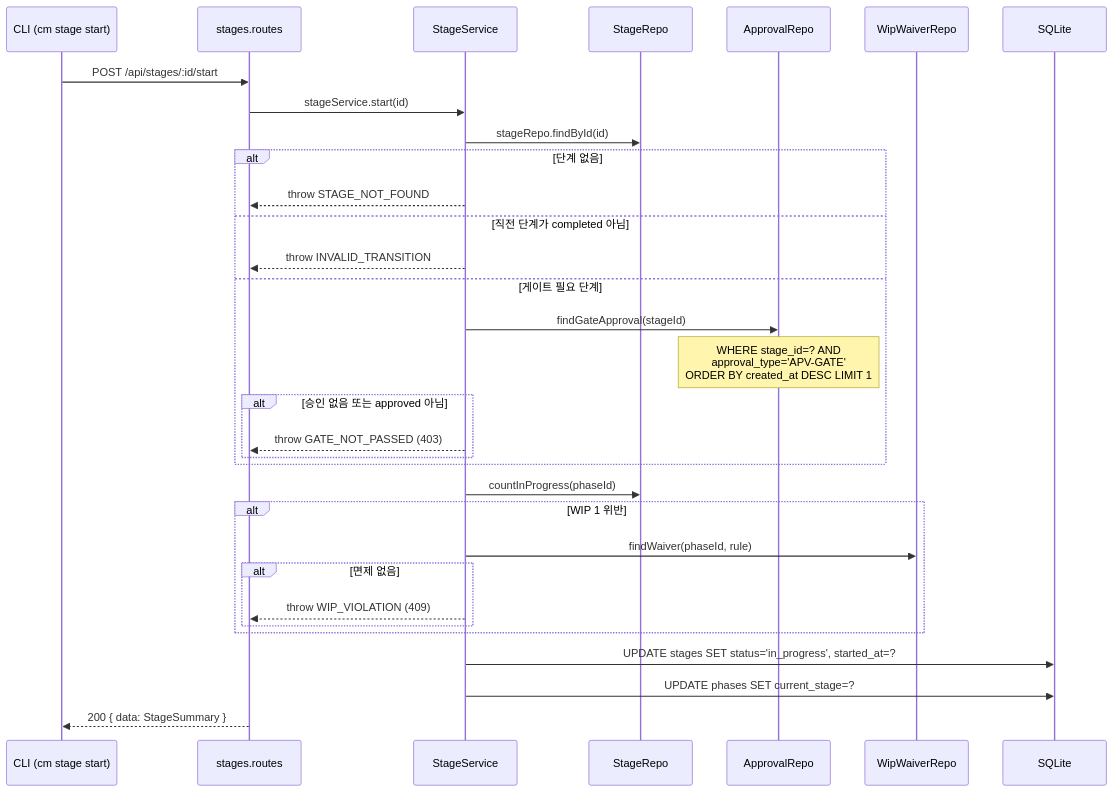
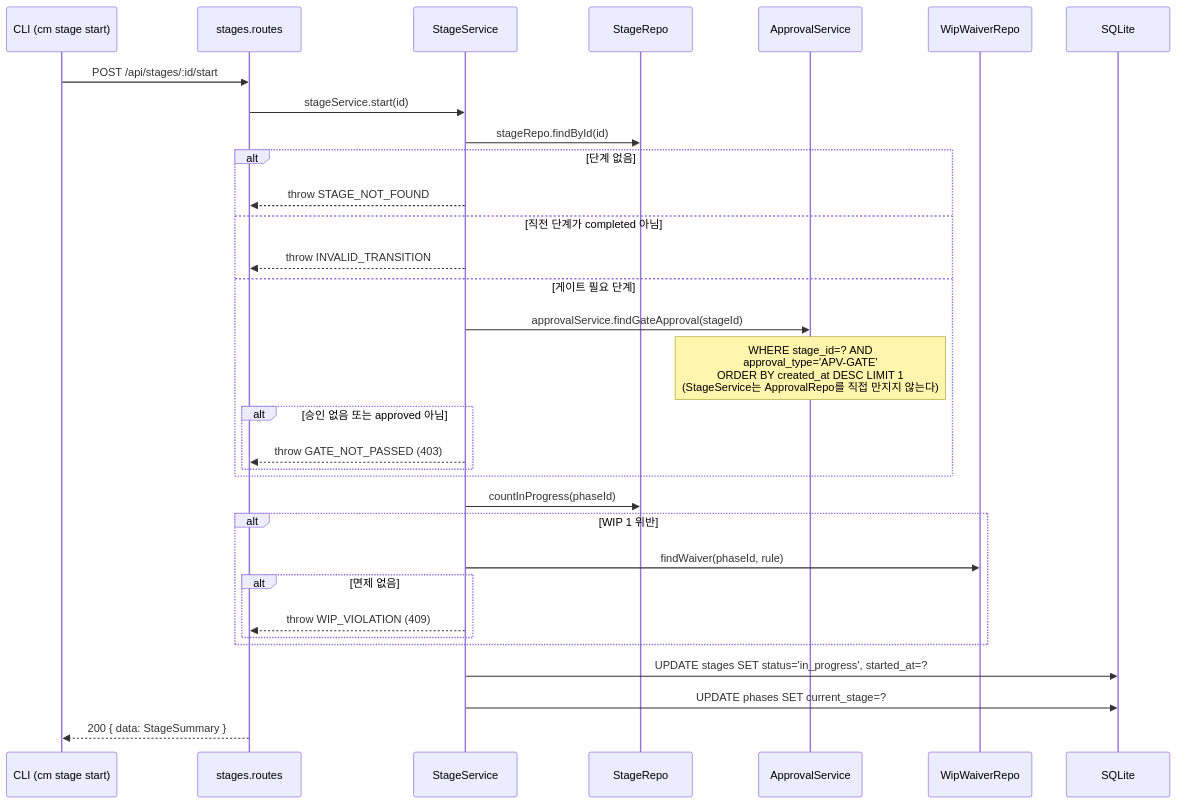
Before and after one commit to AI-Agent-Jeon/ClaudeManager-v2: diagram 17 of 19 in docs/design/des-004-sequence-dataflow.md, drawn with Mermaid. The commit also changed other lines of this file and 10 other files, not shown here.

````diff
--- a/docs/design/des-004-sequence-dataflow.md
+++ b/docs/design/des-004-sequence-dataflow.md
@@ -1186,35 +1207,35 @@
 ```mermaid
 sequenceDiagram
     participant CLI as CLI (cm stage start)
     participant R as stages.routes
     participant SS as StageService
     participant SR as StageRepo
-    participant AR as ApprovalRepo
+    participant AS as ApprovalService
     participant WR as WipWaiverRepo
     participant DB as SQLite
 
     CLI->>R: POST /api/stages/:id/start
     R->>SS: stageService.start(id)
     SS->>SR: stageRepo.findById(id)
     alt 단계 없음
         SS-->>R: throw STAGE_NOT_FOUND
     else 직전 단계가 completed 아님
         SS-->>R: throw INVALID_TRANSITION
     else 게이트 필요 단계
-        SS->>AR: findGateApproval(stageId)
-        Note over AR: WHERE stage_id=? AND<br>approval_type='APV-GATE'<br>ORDER BY created_at DESC LIMIT 1
+        SS->>AS: approvalService.findGateApproval(stageId)
+        Note over AS: WHERE stage_id=? AND<br>approval_type='APV-GATE'<br>ORDER BY created_at DESC LIMIT 1<br>(StageService는 ApprovalRepo를 직접 만지지 않는다)
         alt 승인 없음 또는 approved 아님
             SS-->>R: throw GATE_NOT_PASSED (403)
         end
     end
     SS->>SR: countInProgress(phaseId)
     alt WIP 1 위반
         SS->>WR: findWaiver(phaseId, rule)
         alt 면제 없음
             SS-->>R: throw WIP_VIOLATION (409)
         end
     end
     SS->>DB: UPDATE stages SET status='in_progress', started_at=?
     SS->>DB: UPDATE phases SET current_stage=?
     R-->>CLI: 200 { data: StageSummary }
 ```
````
